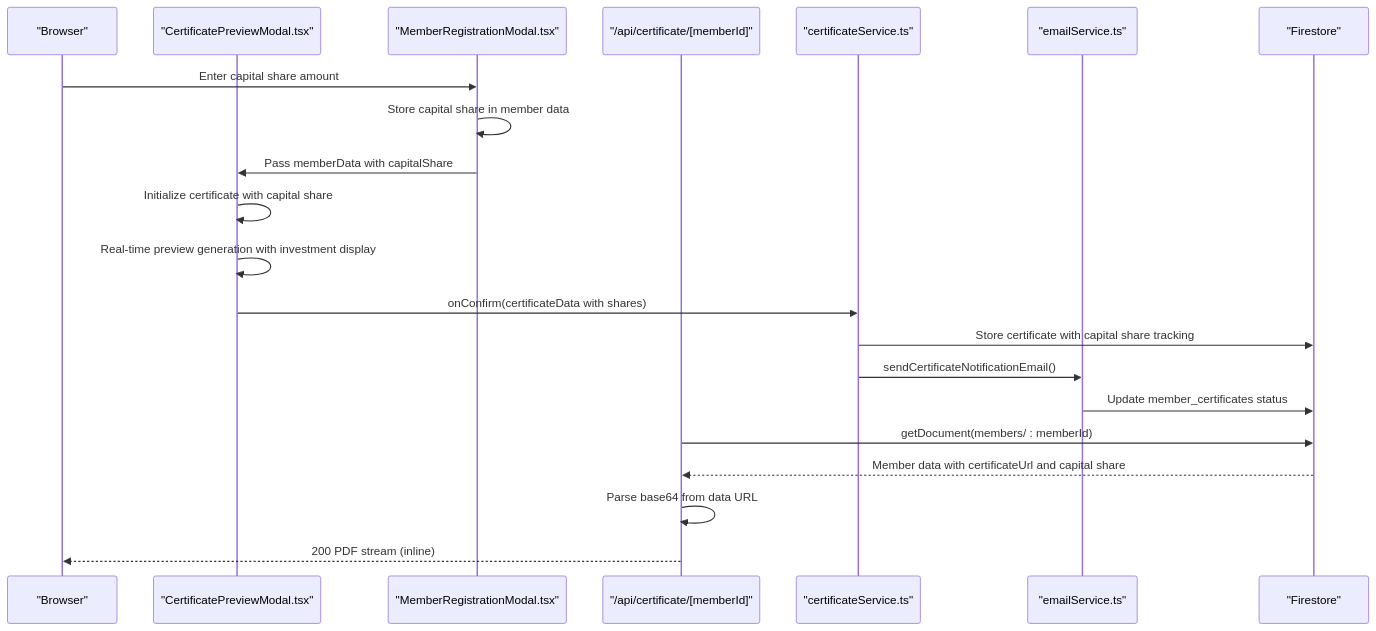
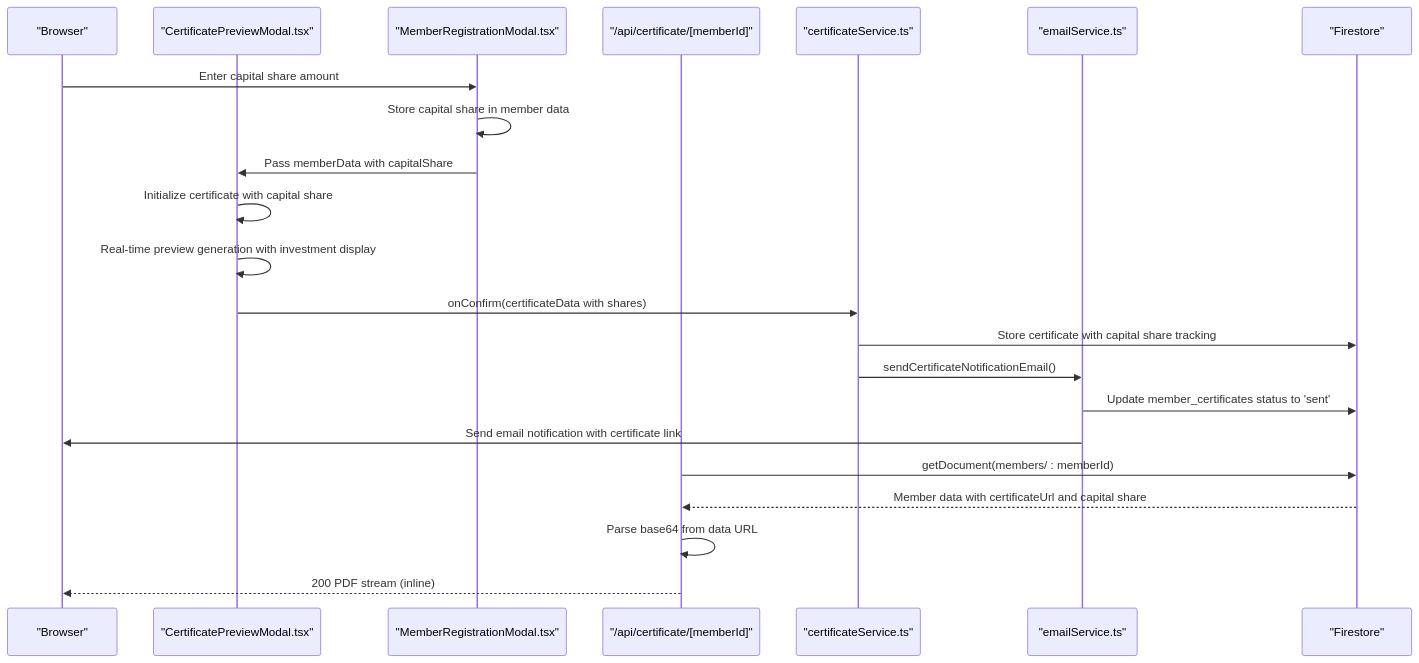
The second of 7 diagrams in .qoder/repowiki/en/content/Email & Notification System/Certificate Generation System.md (Unsure-bry/sampacoop_system), drawn with Mermaid before and after one commit. The commit also changed other lines of this file and 3 other files, not shown here.

````diff
--- a/.qoder/repowiki/en/content/Email & Notification System/Certificate Generation System.md
+++ b/.qoder/repowiki/en/content/Email & Notification System/Certificate Generation System.md
@@ -166,23 +175,24 @@
 ```mermaid
 sequenceDiagram
 participant Client as "Browser"
 participant Preview as "CertificatePreviewModal.tsx"
 participant Registration as "MemberRegistrationModal.tsx"
 participant API as "/api/certificate/[memberId]"
 participant Service as "certificateService.ts"
 participant Email as "emailService.ts"
 participant FS as "Firestore"
 Client->>Registration : Enter capital share amount
 Registration->>Registration : Store capital share in member data
 Registration->>Preview : Pass memberData with capitalShare
 Preview->>Preview : Initialize certificate with capital share
 Preview->>Preview : Real-time preview generation with investment display
 Preview->>Service : onConfirm(certificateData with shares)
 Service->>FS : Store certificate with capital share tracking
 Service->>Email : sendCertificateNotificationEmail()
-Email->>FS : Update member_certificates status
+Email->>FS : Update member_certificates status to 'sent'
+Email->>Client : Send email notification with certificate link
 API->>FS : getDocument(members/ : memberId)
 FS-->>API : Member data with certificateUrl and capital share
 API->>API : Parse base64 from data URL
 API-->>Client : 200 PDF stream (inline)
 ```
````
